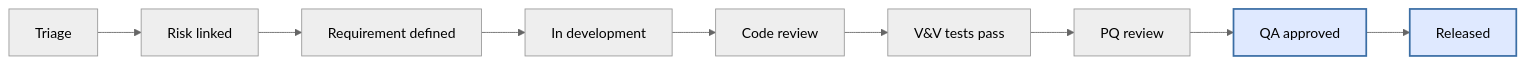
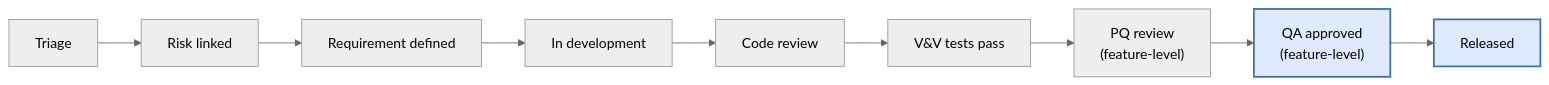
The first of 2 diagrams in AIPlans/Release process plan.md (CCTC-team/.github), drawn with Mermaid (neutral theme) before and after one commit. The commit also changed other lines of this file, not shown here.

First line of the commit message:
Mark Process overview as the target end-state; fix review findings

````diff
--- a/AIPlans/Release process plan.md
+++ b/AIPlans/Release process plan.md
@@ -259,6 +267,6 @@
 ```mermaid
 flowchart LR
-    T["Triage"] --> RL["Risk linked"] --> RD["Requirement defined"] --> DV["In development"] --> CR["Code review"] --> VV["V&V tests pass"] --> PQ["PQ review"] --> QA["QA approved"] --> REL["Released"]
+    T["Triage"] --> RL["Risk linked"] --> RD["Requirement defined"] --> DV["In development"] --> CR["Code review"] --> VV["V&V tests pass"] --> PQ["PQ review<br/>(feature-level)"] --> QA["QA approved<br/>(feature-level)"] --> REL["Released"]
     class QA,REL relhi
     classDef relhi fill:#dfe9ff,stroke:#3b6ea5,stroke-width:2px
 ```
````
